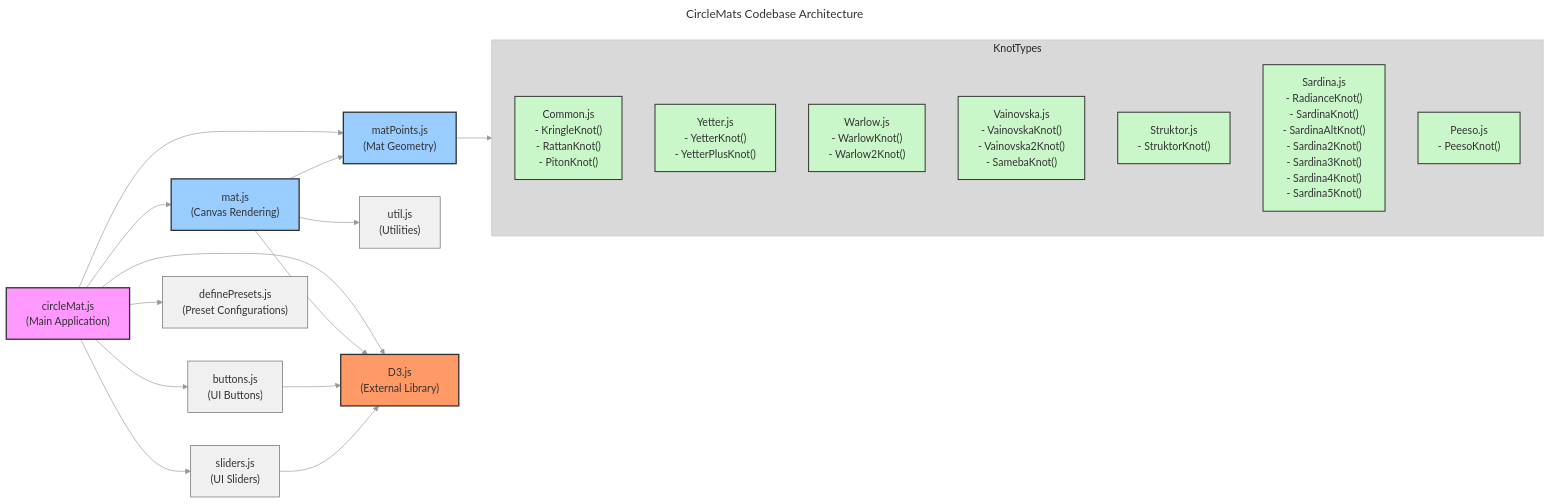
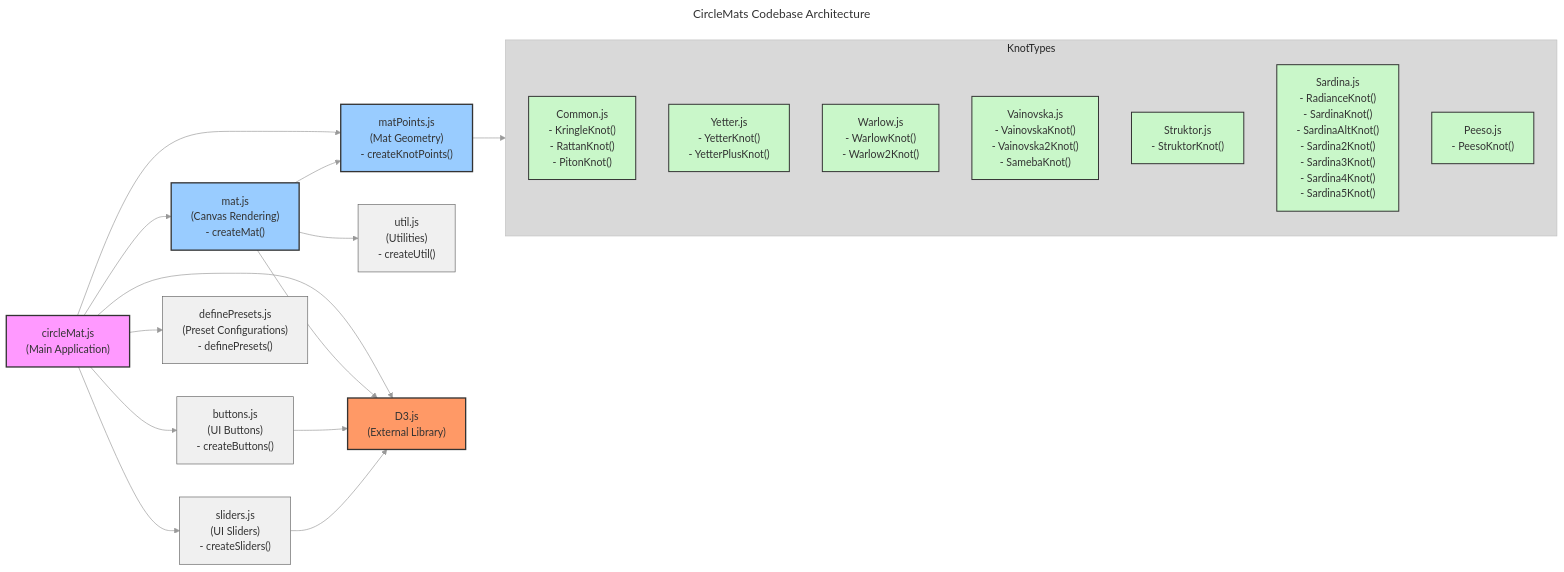
One commit to Scott-Y-Hall/CircleMats changed the diagram in code-relationships.mmd. Above: the diagram before and after it, drawn with Mermaid.

Commit message:
add function name to mmd

```diff
--- a/code-relationships.mmd
+++ b/code-relationships.mmd
@@ -1,60 +1,60 @@
 ---
 title: CircleMats Codebase Architecture
 description: Visualization of module relationships and dependencies in the CircleMats project.
 ---
 
 %%{init: {'theme': 'base', 'themeVariables': { 'primaryColor': '#f0f0f0', 'primaryTextColor': '#333', 'primaryBorderColor': '#666', 'lineColor': '#999', 'secondaryColor': '#e6e6e6', 'tertiaryColor': '#d9d9d9'}}}%%
 
 graph LR
     %% Main Application File
     circleMat.js["circleMat.js<br/>(Main Application)"]
     
     %% Core Modules
-    mat.js["mat.js<br/>(Canvas Rendering)"]
-    matPoints.js["matPoints.js<br/>(Mat Geometry)"]
+    mat.js["mat.js<br/>(Canvas Rendering)<br/>- createMat()"]
+    matPoints.js["matPoints.js<br/>(Mat Geometry)<br/>- createKnotPoints()"]
     
     %% UI Components
-    buttons.js["buttons.js<br/>(UI Buttons)"]
-    sliders.js["sliders.js<br/>(UI Sliders)"]
+    buttons.js["buttons.js<br/>(UI Buttons)<br/>- createButtons()"]
+    sliders.js["sliders.js<br/>(UI Sliders)<br/>- createSliders()"]
     
     %% Knot Implementations
     subgraph "KnotTypes"
         Common["Common.js<br/>- KringleKnot()<br/>- RattanKnot()<br/>- PitonKnot()"]
         Yetter["Yetter.js<br/>- YetterKnot()<br/>- YetterPlusKnot()"]
         Warlow["Warlow.js<br/>- WarlowKnot()<br/>- Warlow2Knot()"]
         Vainovska["Vainovska.js<br/>- VainovskaKnot()<br/>- Vainovska2Knot()<br/>- SamebaKnot()"]
         Struktor["Struktor.js<br/>- StruktorKnot()"]
         Sardina["Sardina.js<br/>- RadianceKnot()<br/>- SardinaKnot()<br/>- SardinaAltKnot()<br/>- Sardina2Knot()<br/>- Sardina3Knot()<br/>- Sardina4Knot()<br/>- Sardina5Knot()"]
         Peeso["Peeso.js<br/>- PeesoKnot()"]
     end
     
     %% Utility
-    util.js["util.js<br/>(Utilities)"]
-    definePresets.js["definePresets.js<br/>(Preset Configurations)"]
+    util.js["util.js<br/>(Utilities)<br/>- createUtil()"]
+    definePresets.js["definePresets.js<br/>(Preset Configurations)<br/>- definePresets()"]
     
     %% D3.js Dependency
     D3["D3.js<br/>(External Library)"]
     
     %% Relationships
     circleMat.js --> D3
     circleMat.js --> mat.js
     circleMat.js --> matPoints.js
     circleMat.js --> buttons.js
     circleMat.js --> sliders.js
     circleMat.js --> definePresets.js
     
     mat.js --> matPoints.js
     mat.js --> util.js
     mat.js --> D3
     
     buttons.js --> D3
     sliders.js --> D3
     matPoints.js --> KnotTypes    
     
     style circleMat.js fill:#f9f,stroke:#333,stroke-width:2px
     style D3 fill:#f96,stroke:#333,stroke-width:2px
     style mat.js fill:#9cf,stroke:#333,stroke-width:2px
     style matPoints.js fill:#9cf,stroke:#333,stroke-width:2px
     
     classDef knot fill:#c9f7c9,stroke:#333,stroke-width:1.5px
     class Common,Yetter,Warlow,Vainovska,Struktor,Sardina,Piton,Peeso knot
```
